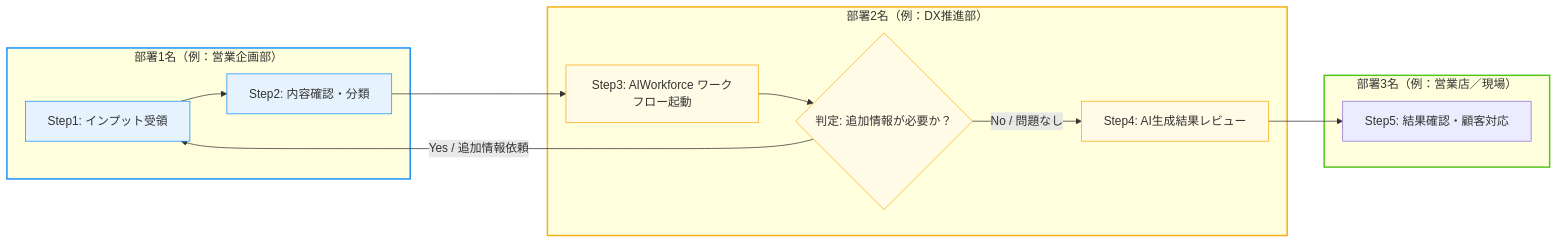
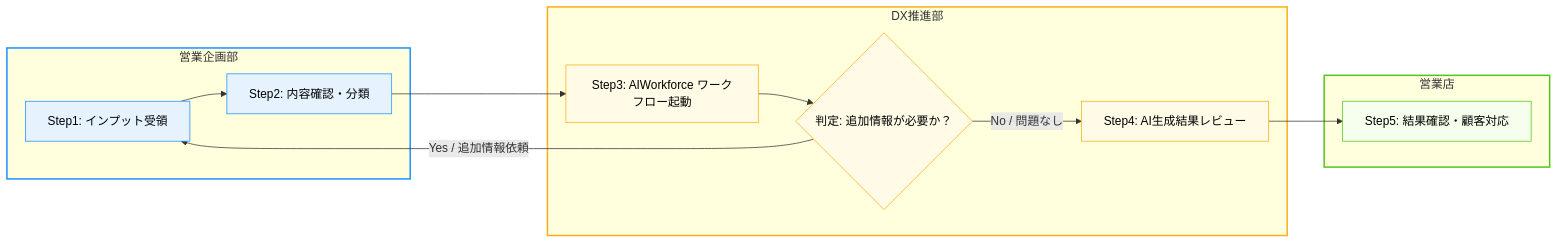
The second of 4 diagrams in docs/04_to-be_workflow/definitions/template.md (ntaka-0303/Document-Creator), drawn with Mermaid before and after one commit. The commit also changed other lines of this file and 2 other files, not shown here.

````diff
--- a/docs/04_to-be_workflow/definitions/template.md
+++ b/docs/04_to-be_workflow/definitions/template.md
@@ -70,41 +189,46 @@
 ```mermaid
 flowchart LR
   %% To-Be 業務フロー（全体図）
   %% - direction: LR（左→右） / TB（上→下）を必要に応じて変更
   %% - 各 subgraph が「部署」, ノードが「ステップ」を表す
+  %% - 【必須】subgraph タイトルには具体的な部署名を記載すること
+  %% - 【必須】ノードID は「部署番号 + ステップ番号」形式（例: D1_S1）
+  %% - 【必須】文字色は黒色（color:#000000）を指定すること
 
   %% 部署1（例：営業企画部）
-  subgraph Dept1[部署1名（例：営業企画部）]
+  subgraph Dept1[営業企画部]
     D1_S1[Step1: インプット受領]
     D1_S2[Step2: 内容確認・分類]
 
-    style D1_S1 fill:#e6f3ff,stroke:#1890ff
-    style D1_S2 fill:#e6f3ff,stroke:#1890ff
+    style D1_S1 fill:#e6f3ff,stroke:#1890ff,color:#000000
+    style D1_S2 fill:#e6f3ff,stroke:#1890ff,color:#000000
   end
 
   %% 部署2（例：DX推進部）
-  subgraph Dept2[部署2名（例：DX推進部）]
+  subgraph Dept2[DX推進部]
     D2_S1[Step3: AIWorkforce ワークフロー起動]
     D2_S2{判定: 追加情報が必要か？}
     D2_S3[Step4: AI生成結果レビュー]
 
-    style D2_S1 fill:#fffbe6,stroke:#faad14
-    style D2_S2 fill:#fffbe6,stroke:#faad14
-    style D2_S3 fill:#fffbe6,stroke:#faad14
+    style D2_S1 fill:#fffbe6,stroke:#faad14,color:#000000
+    style D2_S2 fill:#fffbe6,stroke:#faad14,color:#000000
+    style D2_S3 fill:#fffbe6,stroke:#faad14,color:#000000
   end
 
-  %% 部署3（例：現場／営業店）
-  subgraph Dept3[部署3名（例：営業店／現場）]
+  %% 部署3（例：営業店／現場）
+  subgraph Dept3[営業店]
     D3_S1[Step5: 結果確認・顧客対応]
+
+    style D3_S1 fill:#f6ffed,stroke:#52c41a,color:#000000
   end
 
   %% フロー定義
   D1_S1 --> D1_S2 --> D2_S1 --> D2_S2
   D2_S2 -- Yes / 追加情報依頼 --> D1_S1
   D2_S2 -- No / 問題なし --> D2_S3 --> D3_S1
 
   %% 部署ごとの枠線スタイル
   style Dept1 stroke:#1890ff,stroke-width:2px
   style Dept2 stroke:#faad14,stroke-width:2px
   style Dept3 stroke:#52c41a,stroke-width:2px
 ```
````
